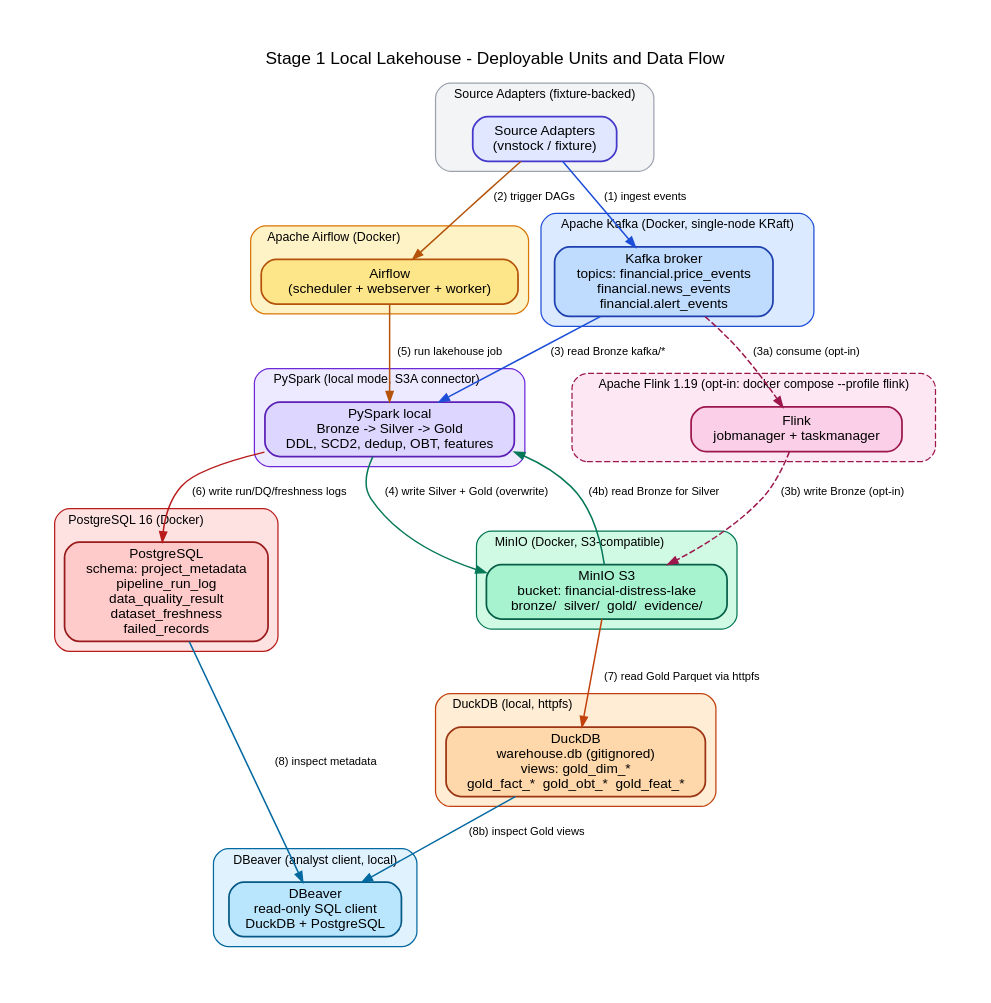
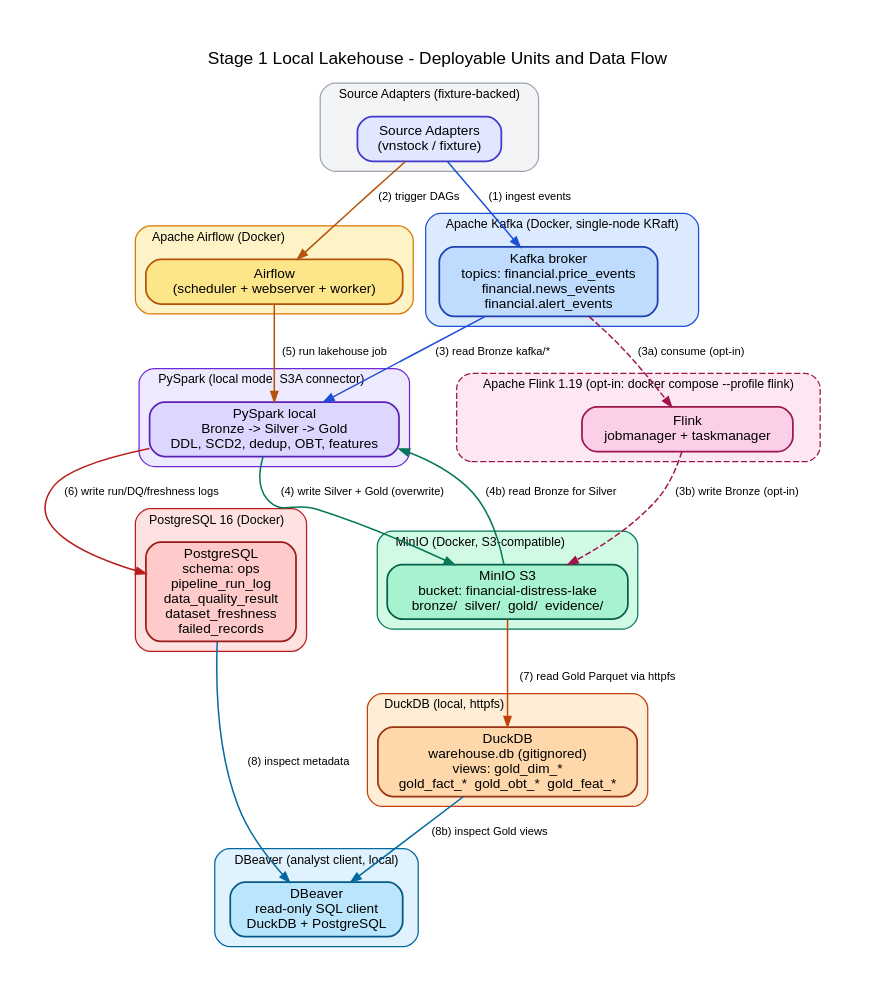
One commit to emanhthangngot/Financial-Distress-Data changed the diagram in images/architecture/system_deployment_diagram.dot. Above: the diagram before and after it, drawn with Graphviz. The commit also changed 34 other files, not shown here.

First line of the commit message:
refactor(plan): phase 1 naming cutover — class C (Postgres schema rename)

```diff
--- a/images/architecture/system_deployment_diagram.dot
+++ b/images/architecture/system_deployment_diagram.dot
@@ -1,159 +1,159 @@
 digraph W22Deployment {
     graph [
         rankdir=TB,
         fontname="Helvetica",
         fontsize=14,
         label="Stage 1 Local Lakehouse - Deployable Units and Data Flow",
         labelloc=t,
         pad=0.4,
         nodesep=0.4,
         ranksep=0.65,
         bgcolor="white",
         splines=true
     ];
     node [
         fontname="Helvetica",
         fontsize=11,
         shape=box,
         style="rounded,filled",
         color="#1f2937",
         penwidth=1.4
     ];
     edge [
         fontname="Helvetica",
         fontsize=9,
         color="#1f2937",
         penwidth=1.2,
         arrowsize=0.8
     ];
 
     subgraph cluster_collectors {
         label="Source Adapters (fixture-backed)";
         style="rounded,filled";
         fillcolor="#f3f4f6";
         color="#9ca3af";
         fontname="Helvetica";
         fontsize=10;
         labeljust=l;
         collectors [label="Source Adapters\n(vnstock / fixture)", fillcolor="#e0e7ff", color="#4338ca"];
     }
 
     subgraph cluster_airflow {
         label="Apache Airflow (Docker)";
         style="rounded,filled";
         fillcolor="#fef3c7";
         color="#d97706";
         fontname="Helvetica";
         fontsize=10;
         labeljust=l;
         airflow [label="Airflow\n(scheduler + webserver + worker)", fillcolor="#fde68a", color="#b45309"];
     }
 
     subgraph cluster_kafka {
         label="Apache Kafka (Docker, single-node KRaft)";
         style="rounded,filled";
         fillcolor="#dbeafe";
         color="#1d4ed8";
         fontname="Helvetica";
         fontsize=10;
         labeljust=l;
         kafka [label="Kafka broker\ntopics: financial.price_events\nfinancial.news_events\nfinancial.alert_events", fillcolor="#bfdbfe", color="#1e40af"];
     }
 
     subgraph cluster_flink {
         label="Apache Flink 1.19 (opt-in: docker compose --profile flink)";
         style="rounded,filled";
         fillcolor="#fce7f3";
         color="#9d174d";
         fontname="Helvetica";
         fontsize=10;
         style="rounded,filled,dashed";
         labeljust=l;
         flink [label="Flink\njobmanager + taskmanager", fillcolor="#fbcfe8", color="#9d174d"];
     }
 
     subgraph cluster_minio {
         label="MinIO (Docker, S3-compatible)";
         style="rounded,filled";
         fillcolor="#d1fae5";
         color="#047857";
         fontname="Helvetica";
         fontsize=10;
         labeljust=l;
         minio [
             label="MinIO S3\nbucket: financial-distress-lake\nbronze/  silver/  gold/  evidence/",
             fillcolor="#a7f3d0",
             color="#065f46"
         ];
     }
 
     subgraph cluster_spark {
         label="PySpark (local mode, S3A connector)";
         style="rounded,filled";
         fillcolor="#ede9fe";
         color="#6d28d9";
         fontname="Helvetica";
         fontsize=10;
         labeljust=l;
         spark [label="PySpark local\nBronze -> Silver -> Gold\nDDL, SCD2, dedup, OBT, features", fillcolor="#ddd6fe", color="#5b21b6"];
     }
 
     subgraph cluster_postgres {
         label="PostgreSQL 16 (Docker)";
         style="rounded,filled";
         fillcolor="#fee2e2";
         color="#b91c1c";
         fontname="Helvetica";
         fontsize=10;
         labeljust=l;
         postgres [
-            label="PostgreSQL\nschema: project_metadata\npipeline_run_log\ndata_quality_result\ndataset_freshness\nfailed_records",
+            label="PostgreSQL\nschema: ops\npipeline_run_log\ndata_quality_result\ndataset_freshness\nfailed_records",
             fillcolor="#fecaca",
             color="#991b1b"
         ];
     }
 
     subgraph cluster_duckdb {
         label="DuckDB (local, httpfs)";
         style="rounded,filled";
         fillcolor="#ffedd5";
         color="#c2410c";
         fontname="Helvetica";
         fontsize=10;
         labeljust=l;
         duckdb [
             label="DuckDB\nwarehouse.db (gitignored)\nviews: gold_dim_*\ngold_fact_*  gold_obt_*  gold_feat_*",
             fillcolor="#fed7aa",
             color="#9a3412"
         ];
     }
 
     subgraph cluster_dbeaver {
         label="DBeaver (analyst client, local)";
         style="rounded,filled";
         fillcolor="#e0f2fe";
         color="#0369a1";
         fontname="Helvetica";
         fontsize=10;
         labeljust=l;
         dbeaver [label="DBeaver\nread-only SQL client\nDuckDB + PostgreSQL", fillcolor="#bae6fd", color="#075985"];
     }
 
     collectors -> kafka [label="(1) ingest events", color="#1d4ed8"];
     collectors -> airflow [label="(2) trigger DAGs", color="#b45309"];
 
     kafka -> flink [label="(3a) consume (opt-in)", style=dashed, color="#9d174d"];
     flink -> minio [label="(3b) write Bronze (opt-in)", style=dashed, color="#9d174d"];
 
     kafka -> spark [label="(3) read Bronze kafka/*", color="#1d4ed8"];
     minio -> spark [label="(4b) read Bronze for Silver", color="#047857"];
     spark -> minio [label="(4) write Silver + Gold (overwrite)", color="#047857"];
 
     airflow -> spark [label="(5) run lakehouse job", color="#b45309"];
     spark -> postgres [label="(6) write run/DQ/freshness logs", color="#b91c1c"];
 
     minio -> duckdb [label="(7) read Gold Parquet via httpfs", color="#c2410c"];
 
     postgres -> dbeaver [label="(8) inspect metadata", color="#0369a1"];
     duckdb -> dbeaver [label="(8b) inspect Gold views", color="#0369a1"];
 }
```
